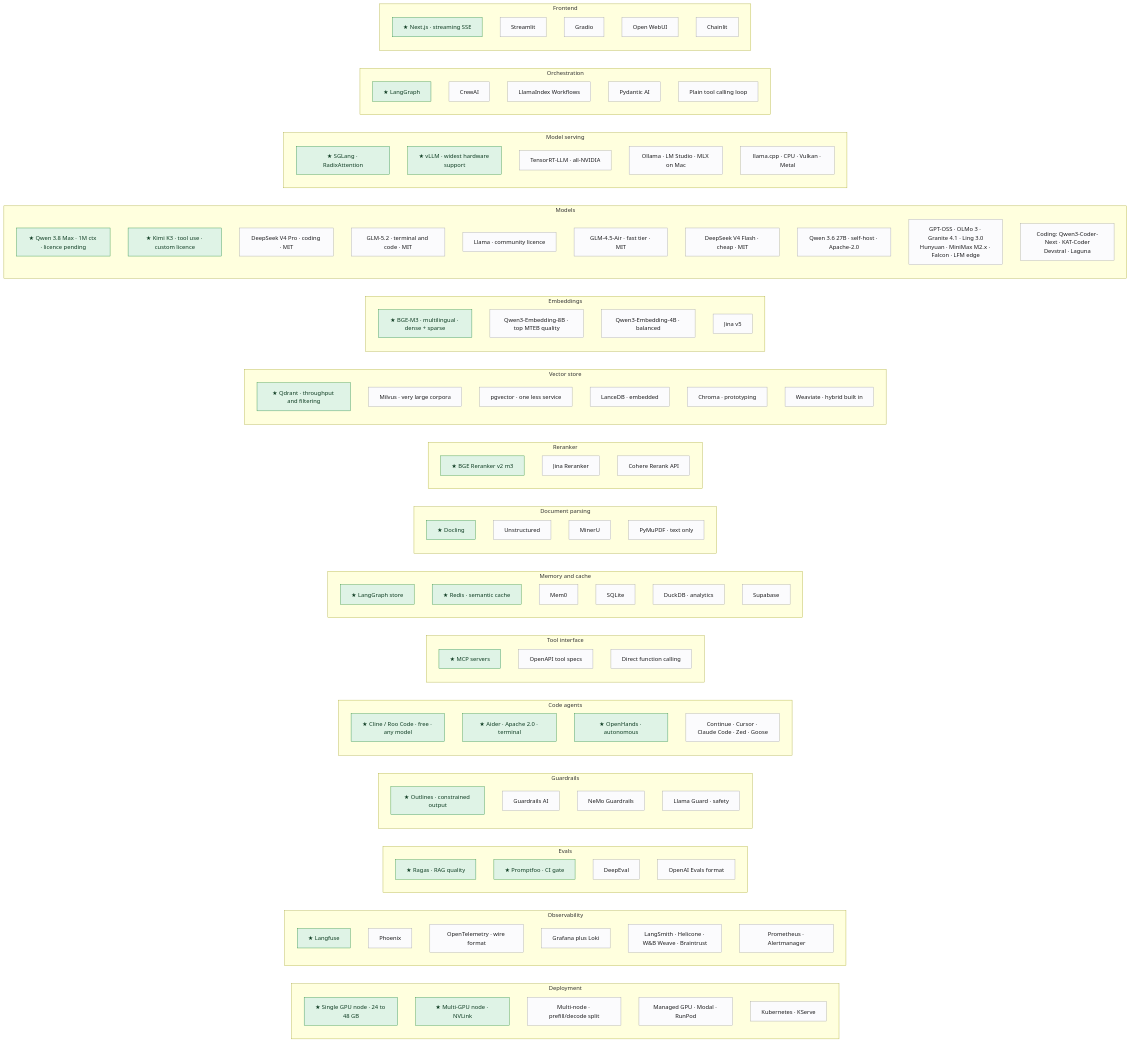
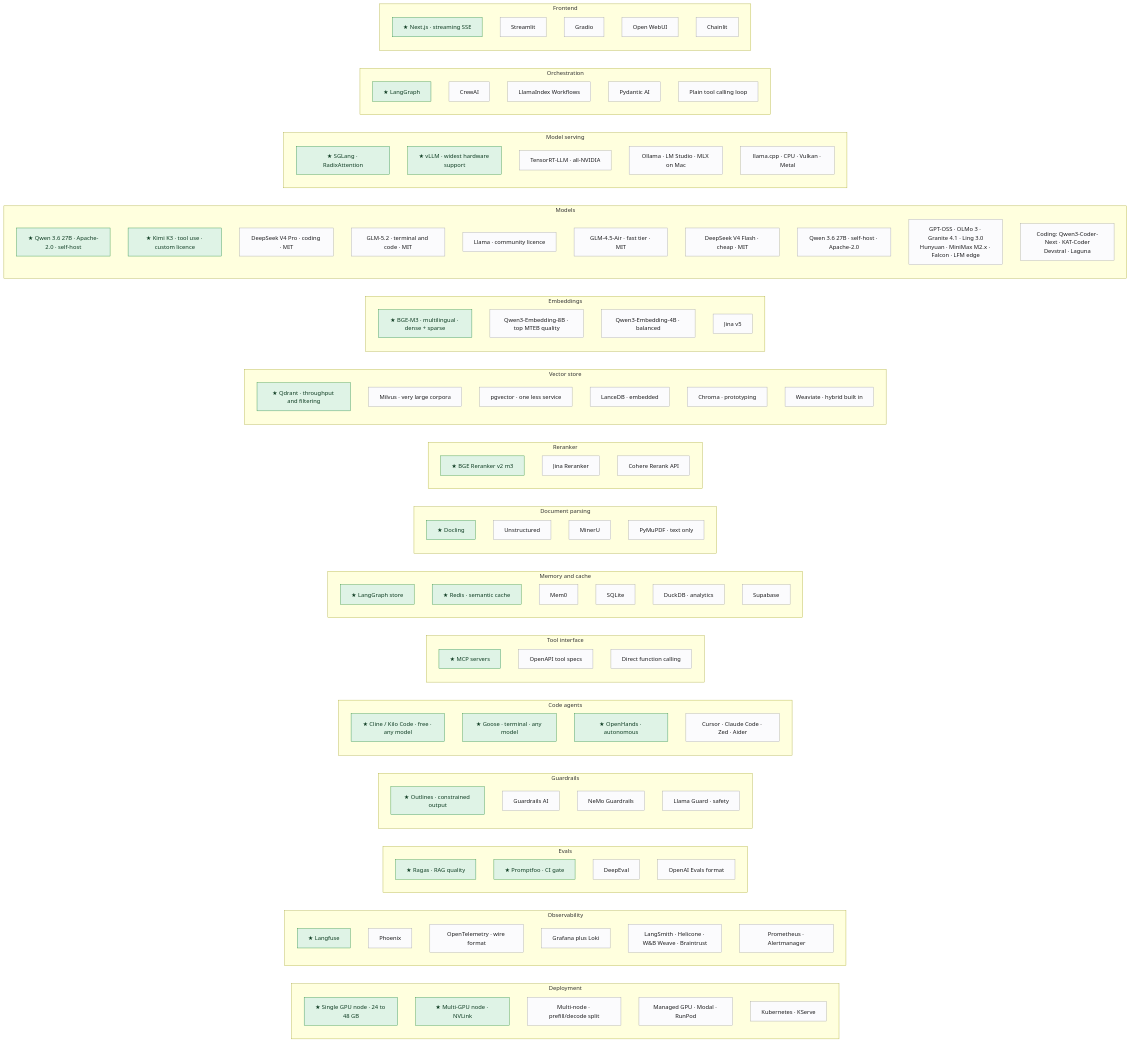
The diagram in diagrams/src/technology-catalogue.mmd (mlvpatel/open-weight-agent-stack), drawn with Mermaid before and after one commit. The commit also changed 15 other files, not shown here.

```diff
--- a/diagrams/src/technology-catalogue.mmd
+++ b/diagrams/src/technology-catalogue.mmd
@@ -1,111 +1,111 @@
 flowchart LR
     subgraph CAT_DP["Deployment"]
         DP1["★ Single GPU node · 24 to 48 GB"]
         DP2["★ Multi-GPU node · NVLink"]
         DP3["Multi-node · prefill/decode split"]
         DP4["Managed GPU · Modal · RunPod"]
         DP5["Kubernetes · KServe"]
     end
     subgraph CAT_OB["Observability"]
         OB1["★ Langfuse"]
         OB2["Phoenix"]
         OB3["OpenTelemetry · wire format"]
         OB4["Grafana plus Loki"]
         OB5["LangSmith · Helicone · W&B Weave · Braintrust"]
         OB6["Prometheus · Alertmanager"]
     end
     subgraph CAT_EV["Evals"]
         EV1["★ Ragas · RAG quality"]
         EV2["★ Promptfoo · CI gate"]
         EV3["DeepEval"]
         EV4["OpenAI Evals format"]
     end
     subgraph CAT_GR["Guardrails"]
         GR1["★ Outlines · constrained output"]
         GR2["Guardrails AI"]
         GR3["NeMo Guardrails"]
         GR4["Llama Guard · safety"]
     end
     subgraph CAT_CA["Code agents"]
-        CA1["★ Cline / Roo Code · free · any model"]
-        CA2["★ Aider · Apache 2.0 · terminal"]
+        CA1["★ Cline / Kilo Code · free · any model"]
+        CA2["★ Goose · terminal · any model"]
         CA3["★ OpenHands · autonomous"]
-        CA4["Continue · Cursor · Claude Code · Zed · Goose"]
+        CA4["Cursor · Claude Code · Zed · Aider"]
     end
     subgraph CAT_TL["Tool interface"]
         TL1["★ MCP servers"]
         TL2["OpenAPI tool specs"]
         TL3["Direct function calling"]
     end
     subgraph CAT_ME["Memory and cache"]
         ME1["★ LangGraph store"]
         ME2["★ Redis · semantic cache"]
         ME3["Mem0"]
         ME4["SQLite"]
         ME5["DuckDB · analytics"]
         ME6["Supabase"]
     end
     subgraph CAT_PA["Document parsing"]
         PA1["★ Docling"]
         PA2["Unstructured"]
         PA3["MinerU"]
         PA4["PyMuPDF · text only"]
     end
     subgraph CAT_RR["Reranker"]
         RR1["★ BGE Reranker v2 m3"]
         RR2["Jina Reranker"]
         RR3["Cohere Rerank API"]
     end
     subgraph CAT_VS["Vector store"]
         VS1["★ Qdrant · throughput and filtering"]
         VS2["Milvus · very large corpora"]
         VS3["pgvector · one less service"]
         VS4["LanceDB · embedded"]
         VS5["Chroma · prototyping"]
         VS6["Weaviate · hybrid built in"]
     end
     subgraph CAT_EM["Embeddings"]
         EM1["★ BGE-M3 · multilingual · dense + sparse"]
         EM2["Qwen3-Embedding-8B · top MTEB quality"]
         EM3["Qwen3-Embedding-4B · balanced"]
         EM4["Jina v5"]
     end
     subgraph CAT_MD["Models"]
-        MD1["★ Qwen 3.8 Max · 1M ctx · licence pending"]
+        MD1["★ Qwen 3.6 27B · Apache-2.0 · self-host"]
         MD2["★ Kimi K3 · tool use · custom licence"]
         MD3["DeepSeek V4 Pro · coding · MIT"]
         MD4["GLM-5.2 · terminal and code · MIT"]
         MD5["Llama · community licence"]
         MD6["GLM-4.5-Air · fast tier · MIT"]
         MD7["DeepSeek V4 Flash · cheap · MIT"]
         MD8["Qwen 3.6 27B · self-host · Apache-2.0"]
         MD9["GPT-OSS · OLMo 3 · Granite 4.1 · Ling 3.0<br/>Hunyuan · MiniMax M2.x · Falcon · LFM edge"]
         MD10["Coding: Qwen3-Coder-Next · KAT-Coder<br/>Devstral · Laguna"]
     end
     subgraph CAT_SV["Model serving"]
         SV1["★ SGLang · RadixAttention"]
         SV2["★ vLLM · widest hardware support"]
         SV3["TensorRT-LLM · all-NVIDIA"]
         SV4["Ollama · LM Studio · MLX on Mac"]
         SV5["llama.cpp · CPU · Vulkan · Metal"]
     end
     subgraph CAT_OR["Orchestration"]
         OR1["★ LangGraph"]
         OR2["CrewAI"]
         OR3["LlamaIndex Workflows"]
         OR4["Pydantic AI"]
         OR5["Plain tool calling loop"]
     end
     subgraph CAT_FE["Frontend"]
         FE1["★ Next.js · streaming SSE"]
         FE2["Streamlit"]
         FE3["Gradio"]
         FE4["Open WebUI"]
         FE5["Chainlit"]
     end
 
     classDef pick fill:#dff3e6,stroke:#248a3d,color:#0f3d23
     classDef alt fill:#fbfbfd,stroke:#a1a1a6,color:#1d1d1f
 
     class FE1,OR1,SV1,SV2,MD1,MD2,EM1,VS1,RR1,PA1,ME1,ME2,TL1,CA1,CA2,CA3,GR1,EV1,EV2,OB1,DP1,DP2 pick
     class FE2,FE3,FE4,FE5,OR2,OR3,OR4,OR5,SV3,SV4,SV5,MD3,MD4,MD5,MD6,MD7,MD8,MD9,MD10,EM2,EM3,EM4,VS2,VS3,VS4,VS5,VS6,RR2,RR3,PA2,PA3,PA4,ME3,ME4,ME5,ME6,TL2,TL3,CA4,GR2,GR3,GR4,EV3,EV4,OB2,OB3,OB4,OB5,OB6,DP3,DP4,DP5 alt
```
